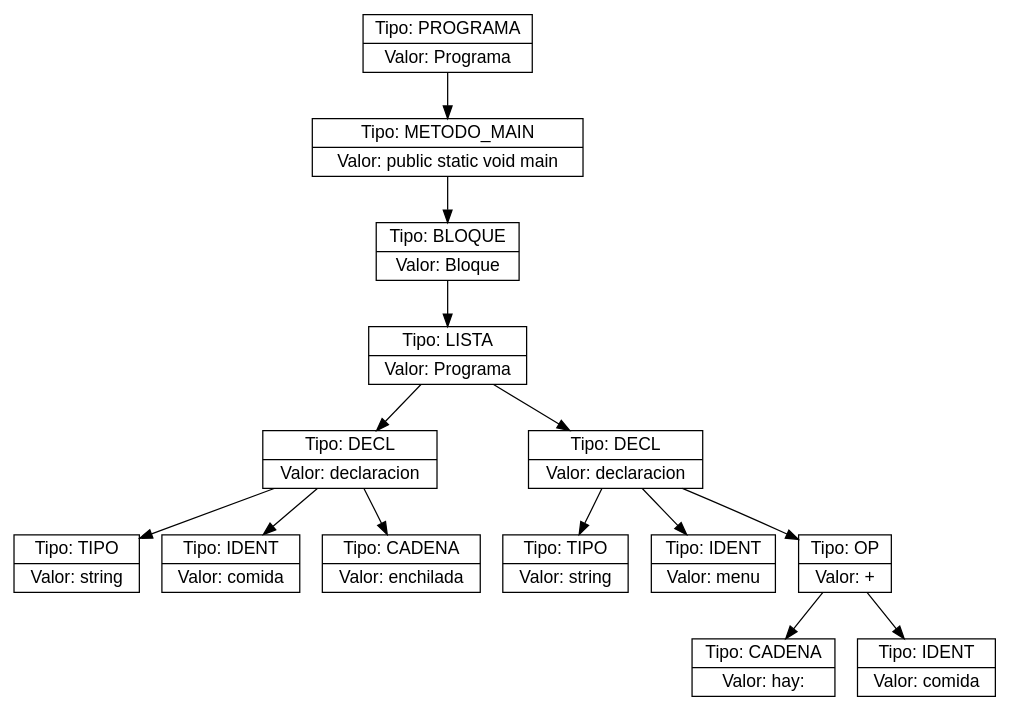
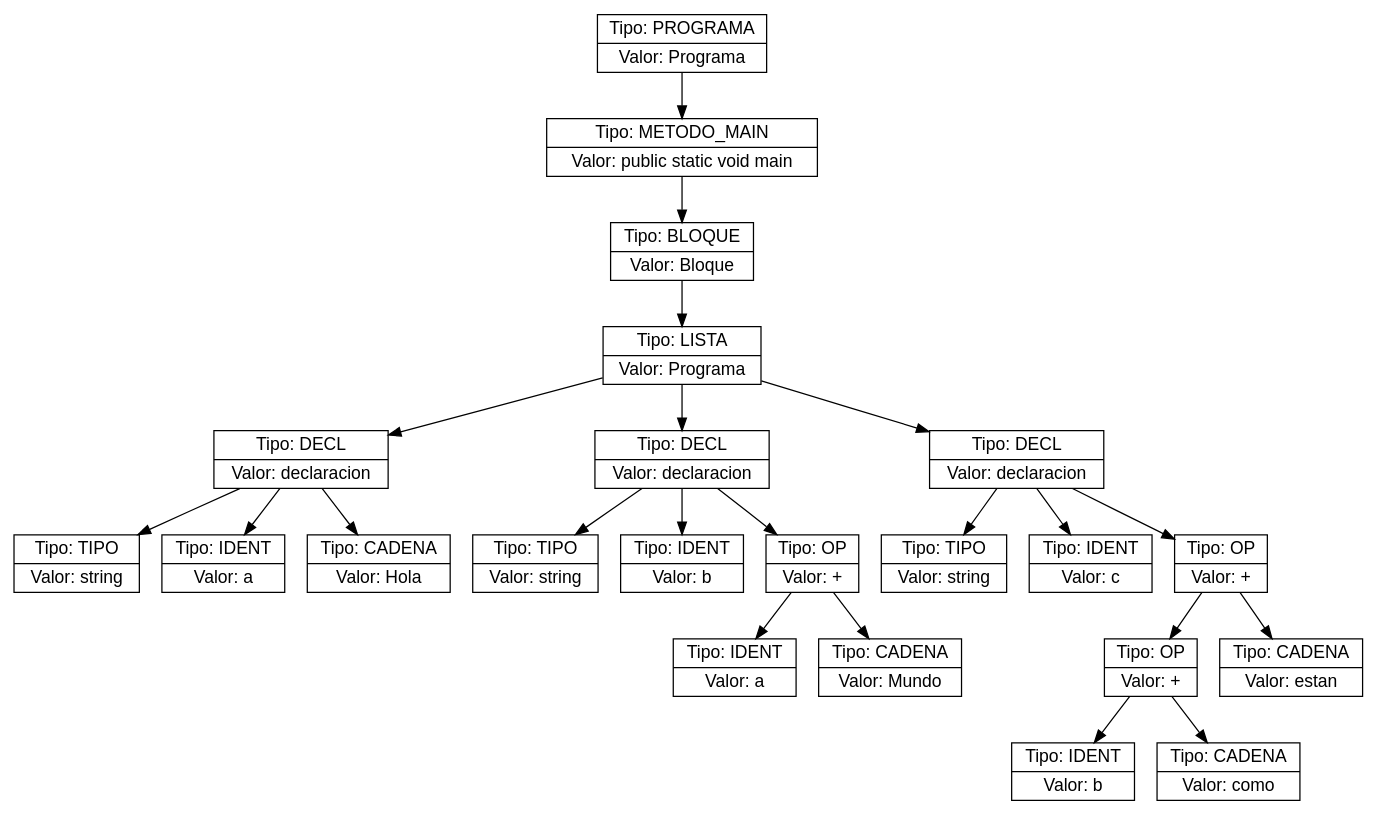
The diagram in ast.dot (Farot30/OLC2_2s2025_P2_202307820), drawn with Graphviz before and after one commit. The commit also changed 17 other files, not shown here.

```diff
--- a/ast.dot
+++ b/ast.dot
@@ -1,30 +1,46 @@
 digraph AST {
   node [shape=record,fontname="Helvetica"];
-  n0x6487e06d73f0 [label="{Tipo: PROGRAMA|Valor: Programa}"];
-  n0x6487e06d73f0 -> n0x6487e08ebc00;
-  n0x6487e08ebc00 [label="{Tipo: METODO_MAIN|Valor: public static void main}"];
-  n0x6487e08ebc00 -> n0x6487e050ade0;
-  n0x6487e050ade0 [label="{Tipo: BLOQUE|Valor: Bloque}"];
-  n0x6487e050ade0 -> n0x6487e072f2b0;
-  n0x6487e072f2b0 [label="{Tipo: LISTA|Valor: Programa}"];
-  n0x6487e072f2b0 -> n0x6487e08e5110;
-  n0x6487e08e5110 [label="{Tipo: DECL|Valor: declaracion}"];
-  n0x6487e08e5110 -> n0x6487e0764aa0;
-  n0x6487e0764aa0 [label="{Tipo: TIPO|Valor: string}"];
-  n0x6487e08e5110 -> n0x6487e076be70;
-  n0x6487e076be70 [label="{Tipo: IDENT|Valor: comida}"];
-  n0x6487e08e5110 -> n0x6487e0526900;
-  n0x6487e0526900 [label="{Tipo: CADENA|Valor: enchilada}"];
-  n0x6487e072f2b0 -> n0x6487e090b030;
-  n0x6487e090b030 [label="{Tipo: DECL|Valor: declaracion}"];
-  n0x6487e090b030 -> n0x6487e086e980;
-  n0x6487e086e980 [label="{Tipo: TIPO|Valor: string}"];
-  n0x6487e090b030 -> n0x6487e08eb110;
-  n0x6487e08eb110 [label="{Tipo: IDENT|Valor: menu}"];
-  n0x6487e090b030 -> n0x6487e0760940;
-  n0x6487e0760940 [label="{Tipo: OP|Valor: +}"];
-  n0x6487e0760940 -> n0x6487e07194d0;
-  n0x6487e07194d0 [label="{Tipo: CADENA|Valor: hay: }"];
-  n0x6487e0760940 -> n0x6487e051b180;
-  n0x6487e051b180 [label="{Tipo: IDENT|Valor: comida}"];
+  n0x598fe14379f0 [label="{Tipo: PROGRAMA|Valor: Programa}"];
+  n0x598fe14379f0 -> n0x598fe1552ee0;
+  n0x598fe1552ee0 [label="{Tipo: METODO_MAIN|Valor: public static void main}"];
+  n0x598fe1552ee0 -> n0x598fe12d7320;
+  n0x598fe12d7320 [label="{Tipo: BLOQUE|Valor: Bloque}"];
+  n0x598fe12d7320 -> n0x598fe12b1e10;
+  n0x598fe12b1e10 [label="{Tipo: LISTA|Valor: Programa}"];
+  n0x598fe12b1e10 -> n0x598fe152bf90;
+  n0x598fe152bf90 [label="{Tipo: DECL|Valor: declaracion}"];
+  n0x598fe152bf90 -> n0x598fe129a180;
+  n0x598fe129a180 [label="{Tipo: TIPO|Valor: string}"];
+  n0x598fe152bf90 -> n0x598fe1565d10;
+  n0x598fe1565d10 [label="{Tipo: IDENT|Valor: a}"];
+  n0x598fe152bf90 -> n0x598fe154a480;
+  n0x598fe154a480 [label="{Tipo: CADENA|Valor: Hola}"];
+  n0x598fe12b1e10 -> n0x598fe1549d40;
+  n0x598fe1549d40 [label="{Tipo: DECL|Valor: declaracion}"];
+  n0x598fe1549d40 -> n0x598fe168ca90;
+  n0x598fe168ca90 [label="{Tipo: TIPO|Valor: string}"];
+  n0x598fe1549d40 -> n0x598fe154af60;
+  n0x598fe154af60 [label="{Tipo: IDENT|Valor: b}"];
+  n0x598fe1549d40 -> n0x598fe12aef20;
+  n0x598fe12aef20 [label="{Tipo: OP|Valor: +}"];
+  n0x598fe12aef20 -> n0x598fe1345230;
+  n0x598fe1345230 [label="{Tipo: IDENT|Valor: a}"];
+  n0x598fe12aef20 -> n0x598fe14b06e0;
+  n0x598fe14b06e0 [label="{Tipo: CADENA|Valor: Mundo}"];
+  n0x598fe12b1e10 -> n0x598fe12d33c0;
+  n0x598fe12d33c0 [label="{Tipo: DECL|Valor: declaracion}"];
+  n0x598fe12d33c0 -> n0x598fe14ad790;
+  n0x598fe14ad790 [label="{Tipo: TIPO|Valor: string}"];
+  n0x598fe12d33c0 -> n0x598fe12d7200;
+  n0x598fe12d7200 [label="{Tipo: IDENT|Valor: c}"];
+  n0x598fe12d33c0 -> n0x598fe1639ba0;
+  n0x598fe1639ba0 [label="{Tipo: OP|Valor: +}"];
+  n0x598fe1639ba0 -> n0x598fe12d6360;
+  n0x598fe12d6360 [label="{Tipo: OP|Valor: +}"];
+  n0x598fe12d6360 -> n0x598fe1553960;
+  n0x598fe1553960 [label="{Tipo: IDENT|Valor: b}"];
+  n0x598fe12d6360 -> n0x598fe155c720;
+  n0x598fe155c720 [label="{Tipo: CADENA|Valor: como}"];
+  n0x598fe1639ba0 -> n0x598fe1553900;
+  n0x598fe1553900 [label="{Tipo: CADENA|Valor: estan}"];
 }
```
